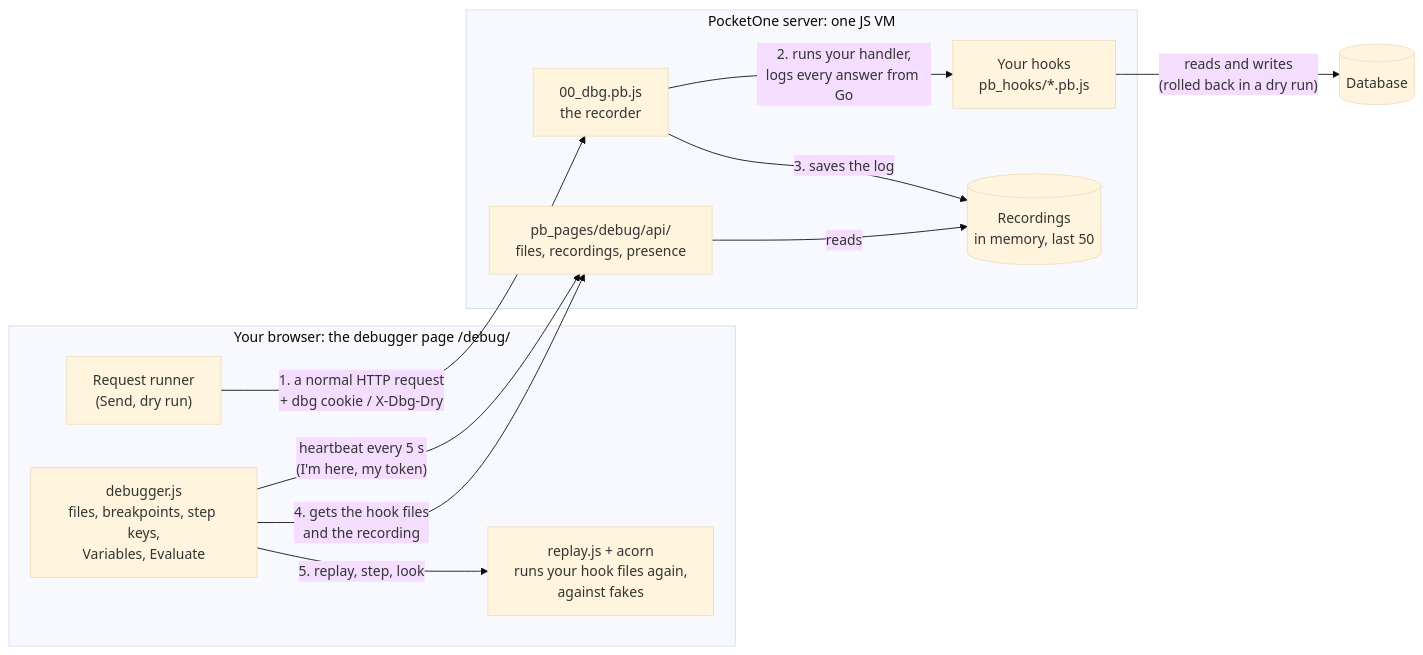
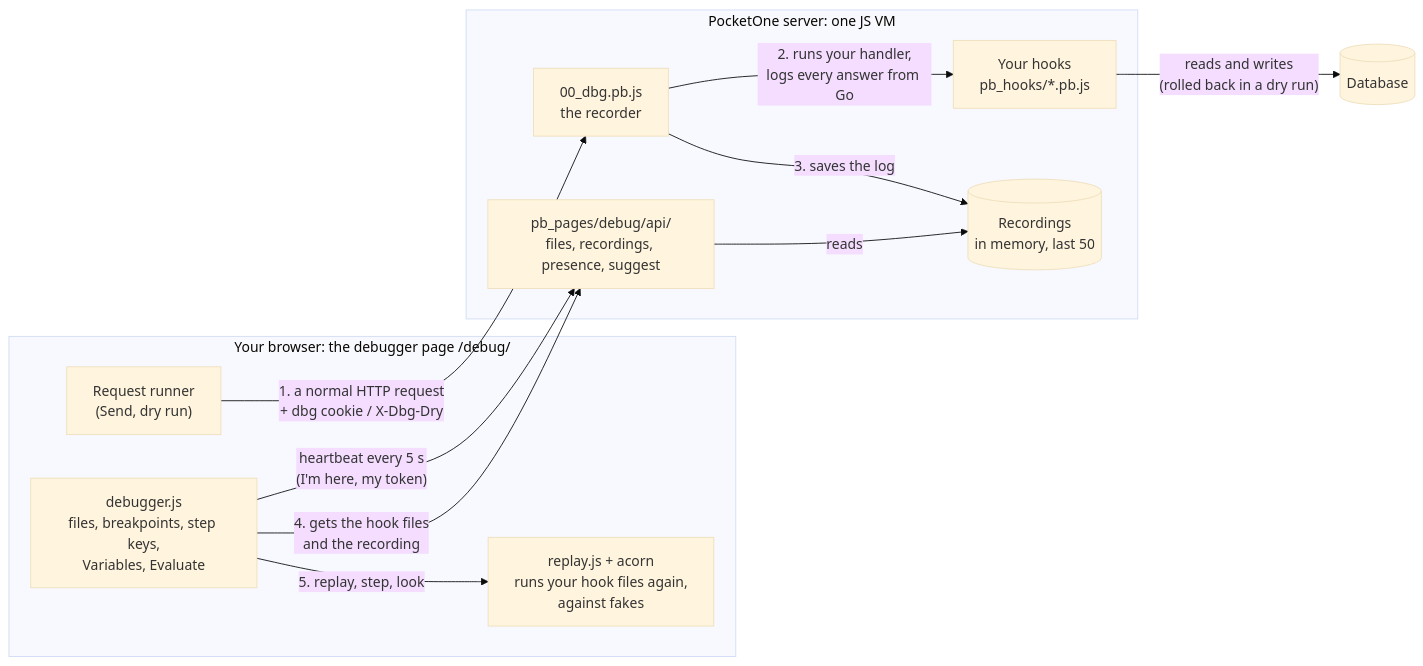
Before and after one commit to octavonu/pocketone-hooks-debugger: the first of 2 diagrams in README.md, drawn with Mermaid (base theme). The commit also changed other lines of this file and 7 other files, not shown here.

````diff
--- a/README.md
+++ b/README.md
@@ -27,26 +27,26 @@
 ```mermaid
 flowchart LR
   subgraph B["Your browser: the debugger page /debug/"]
     UI["debugger.js<br/>files, breakpoints, step keys,<br/>Variables, Evaluate"]
     RUN["Request runner<br/>(Send, dry run)"]
     RP["replay.js + acorn<br/>runs your hook files again,<br/>against fakes"]
   end
 
   subgraph S["PocketOne server: one JS VM"]
     REC["00_dbg.pb.js<br/>the recorder"]
     H["Your hooks<br/>pb_hooks/*.pb.js"]
     MEM[("Recordings<br/>in memory, last 50")]
-    API["pb_pages/debug/api/<br/>files, recordings, presence"]
+    API["pb_pages/debug/api/<br/>files, recordings, presence, suggest"]
   end
 
   DB[("Database")]
 
   UI -- "heartbeat every 5 s<br/>(I'm here, my token)" --> API
   RUN -- "1. a normal HTTP request<br/>+ dbg cookie / X-Dbg-Dry" --> REC
   REC -- "2. runs your handler,<br/>logs every answer from Go" --> H
   H -- "reads and writes<br/>(rolled back in a dry run)" --> DB
   REC -- "3. saves the log" --> MEM
   API -- "reads" --> MEM
   UI -- "4. gets the hook files<br/>and the recording" --> API
   UI -- "5. replay, step, look" --> RP
 ```
````
